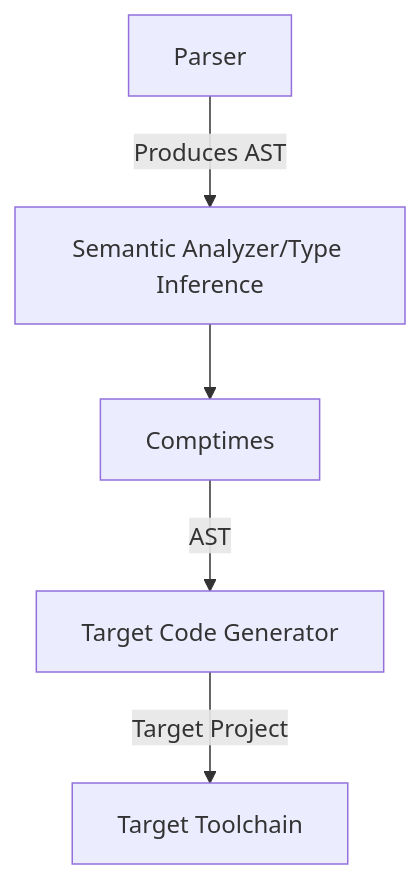
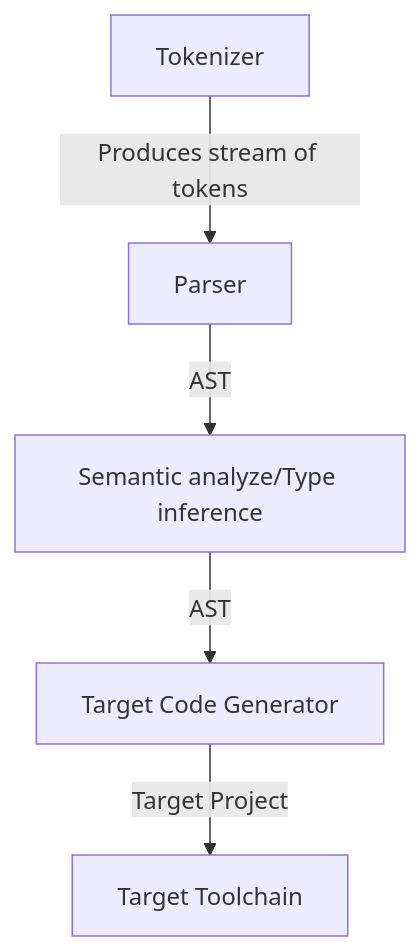
The diagram in README.md (amirrezaask/loki), drawn with Mermaid before and after one commit. The commit also changed other lines of this file, not shown here.

````diff
--- a/README.md
+++ b/README.md
@@ -18,8 +12,7 @@
 ```mermaid
 graph TD
-    A[Parser] --> |Produces AST| B[Semantic Analyzer/Type Inference]
-    B --> C[Comptimes]
+    A[Tokenizer] --> |Produces stream of tokens| B[Parser]
+    B --> |AST| C[Semantic analyze/Type inference]
     C --> |AST| D[Target Code Generator]
     D --> |Target Project| E[Target Toolchain]
-                    
 ```
````
